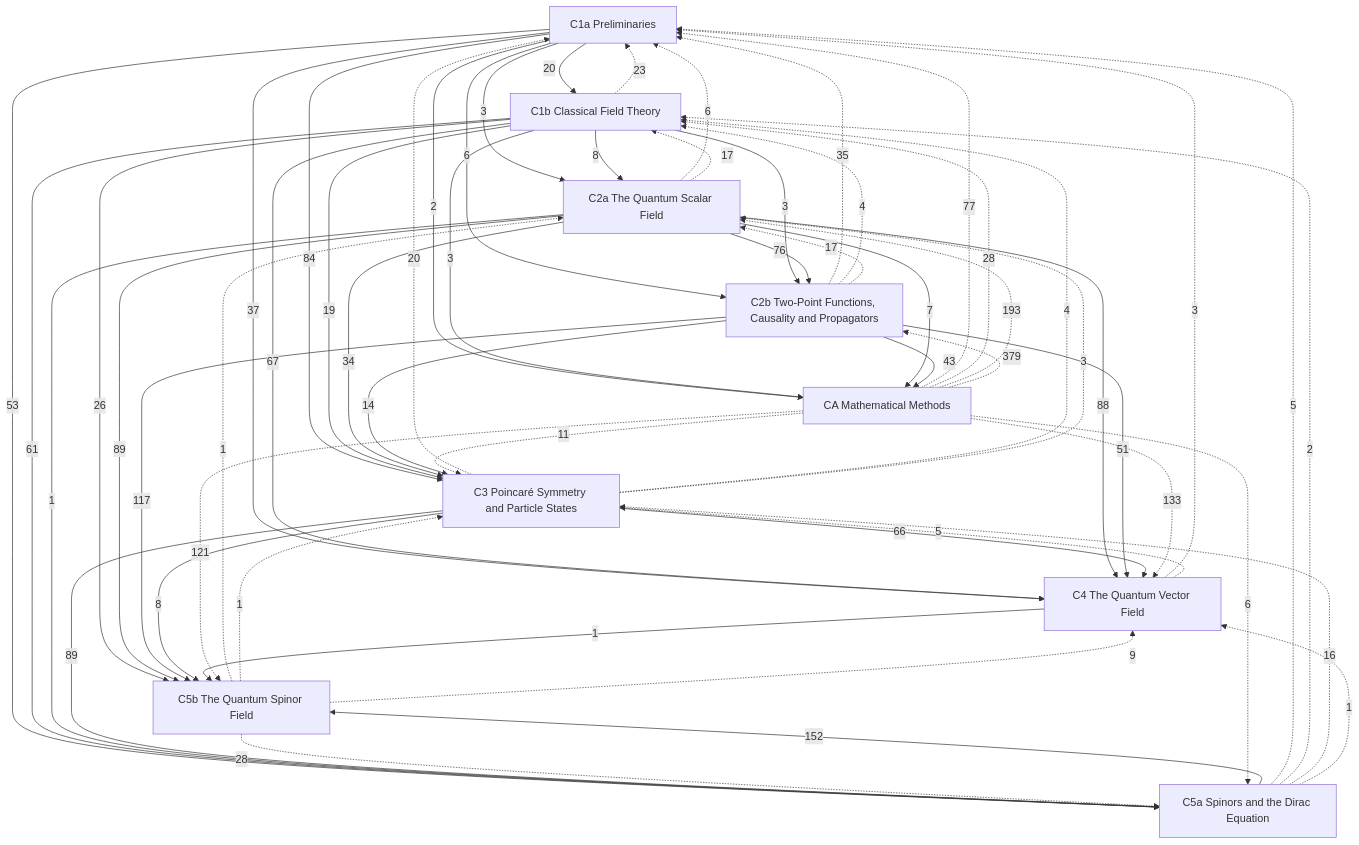
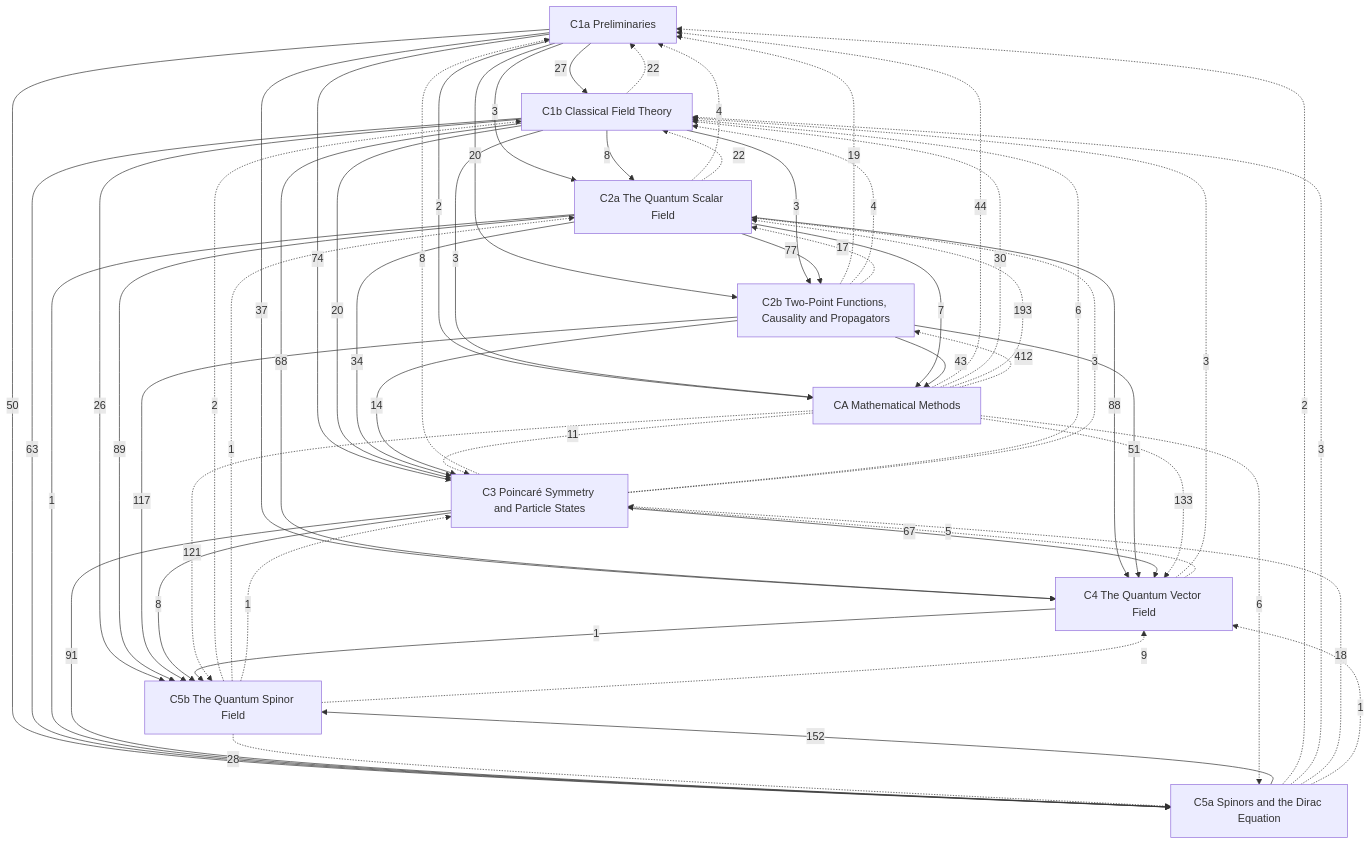
Before and after one commit to Onion20040508/notes: the diagram in Physics/Quantum Field Theory/Quantum Field Theory.md, drawn with Mermaid. The commit also changed other lines of this file and 66 other files, not shown here.

````diff
--- a/Physics/Quantum Field Theory/Quantum Field Theory.md
+++ b/Physics/Quantum Field Theory/Quantum Field Theory.md
@@ -28,68 +28,69 @@
 ```mermaid
 graph TD
   C1a["C1a Preliminaries"]
   C1b["C1b Classical Field Theory"]
   C2a["C2a The Quantum Scalar Field"]
   C2b["C2b Two-Point Functions, Causality and Propagators"]
   C3["C3 Poincaré Symmetry and Particle States"]
   C4["C4 The Quantum Vector Field"]
   C5a["C5a Spinors and the Dirac Equation"]
   C5b["C5b The Quantum Spinor Field"]
   CA["CA Mathematical Methods"]
-  C1a -->|20| C1b
+  C1a -->|27| C1b
   C1a -->|3| C2a
   C1b -->|8| C2a
-  C1a -->|6| C2b
+  C1a -->|20| C2b
   C1b -->|3| C2b
-  C2a -->|76| C2b
-  C1a -->|84| C3
-  C1b -->|19| C3
+  C2a -->|77| C2b
+  C1a -->|74| C3
+  C1b -->|20| C3
   C2a -->|34| C3
   C2b -->|14| C3
   C1a -->|37| C4
-  C1b -->|67| C4
+  C1b -->|68| C4
   C2a -->|88| C4
   C2b -->|51| C4
-  C3 -->|66| C4
-  C1a -->|53| C5a
-  C1b -->|61| C5a
+  C3 -->|67| C4
+  C1a -->|50| C5a
+  C1b -->|63| C5a
   C2a -->|1| C5a
-  C3 -->|89| C5a
+  C3 -->|91| C5a
   C1b -->|26| C5b
   C2a -->|89| C5b
   C2b -->|117| C5b
   C3 -->|8| C5b
   C4 -->|1| C5b
   C5a -->|152| C5b
   C1a -->|2| CA
   C1b -->|3| CA
   C2a -->|7| CA
   C2b -->|43| CA
-  C1b -.->|23| C1a
-  C2a -.->|6| C1a
-  C2b -.->|35| C1a
-  C3 -.->|20| C1a
-  C4 -.->|3| C1a
-  C5a -.->|5| C1a
-  CA -.->|77| C1a
-  C2a -.->|17| C1b
+  C1b -.->|22| C1a
+  C2a -.->|4| C1a
+  C2b -.->|19| C1a
+  C3 -.->|8| C1a
+  C5a -.->|2| C1a
+  CA -.->|44| C1a
+  C2a -.->|22| C1b
   C2b -.->|4| C1b
-  C3 -.->|4| C1b
-  C5a -.->|2| C1b
-  CA -.->|28| C1b
+  C3 -.->|6| C1b
+  C4 -.->|3| C1b
+  C5a -.->|3| C1b
+  C5b -.->|2| C1b
+  CA -.->|30| C1b
   C2b -.->|17| C2a
   C3 -.->|3| C2a
   C5b -.->|1| C2a
   CA -.->|193| C2a
-  CA -.->|379| C2b
+  CA -.->|412| C2b
   C4 -.->|5| C3
-  C5a -.->|16| C3
+  C5a -.->|18| C3
   C5b -.->|1| C3
   CA -.->|11| C3
   C5a -.->|1| C4
   C5b -.->|9| C4
   CA -.->|133| C4
   C5b -.->|28| C5a
   CA -.->|6| C5a
   CA -.->|121| C5b
 ```
````
